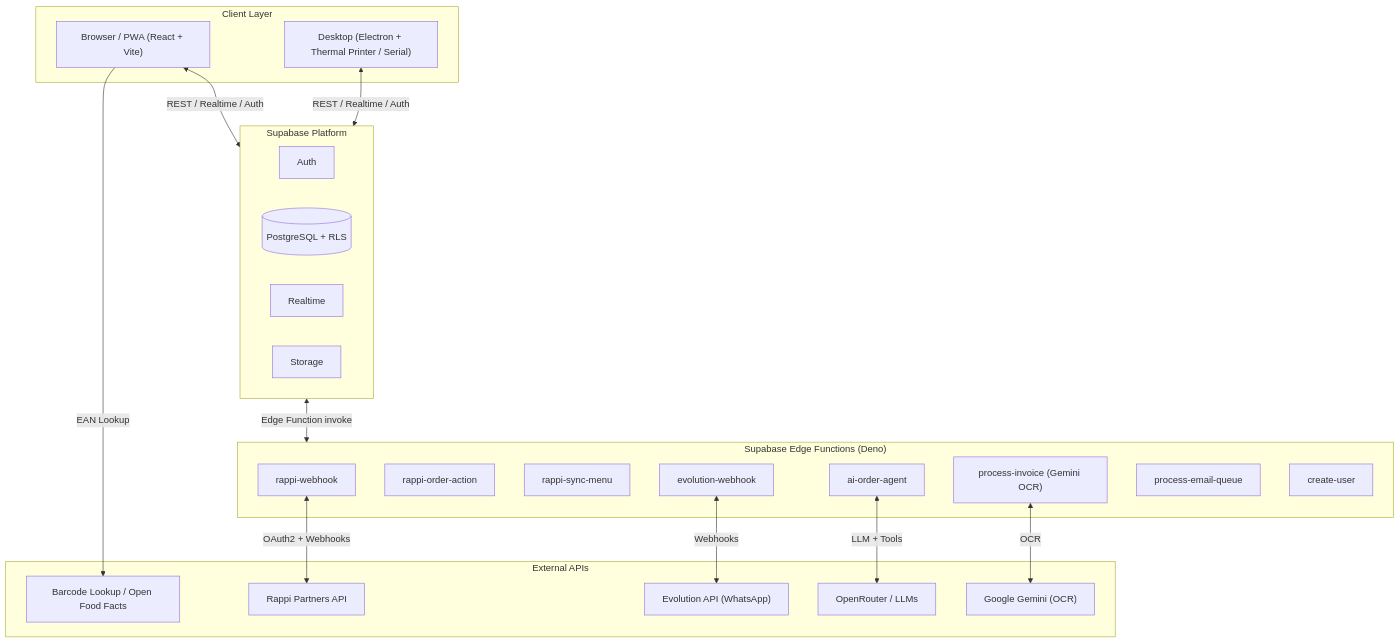
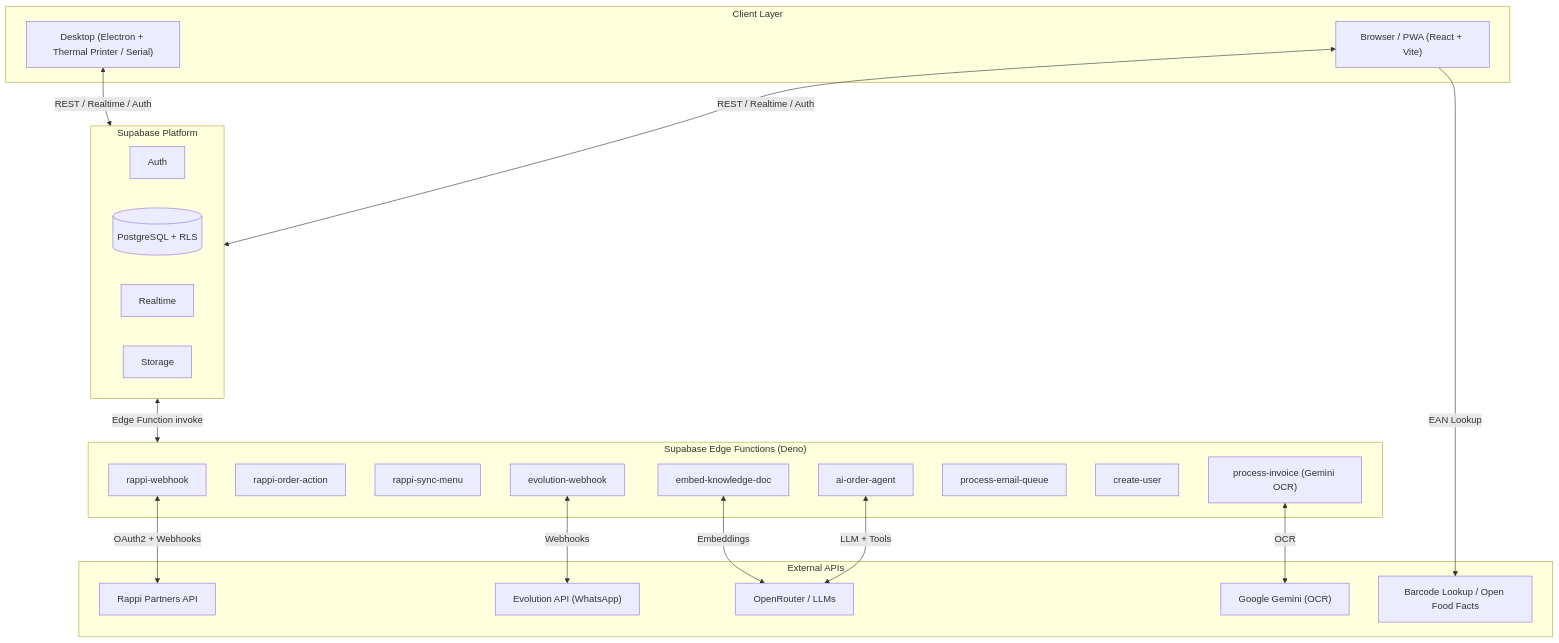
One commit to MuhamedZanabal/ZAIPOS changed the first of 16 diagrams in README.md. Above: the diagram before and after it, drawn with Mermaid. The commit also changed other lines of this file, not shown here.

````diff
--- a/README.md
+++ b/README.md
@@ -91,42 +128,44 @@
 ```mermaid
 flowchart TB
     subgraph Client["Client Layer"]
         Browser["Browser / PWA (React + Vite)"]
         ElectronApp["Desktop (Electron + Thermal Printer / Serial)"]
     end
 
     subgraph Edge["Supabase Edge Functions (Deno)"]
         EF_Rappi["rappi-webhook"]
         EF_RappiAction["rappi-order-action"]
         EF_RappiSync["rappi-sync-menu"]
         EF_Evolution["evolution-webhook"]
         EF_AI["ai-order-agent"]
         EF_Invoice["process-invoice (Gemini OCR)"]
         EF_Email["process-email-queue"]
         EF_CreateUser["create-user"]
+        EF_Embed["embed-knowledge-doc"]
     end
 
     subgraph Supabase["Supabase Platform"]
         Auth["Auth"]
         DB[(PostgreSQL + RLS)]
         Realtime["Realtime"]
         Storage["Storage"]
     end
 
     subgraph External["External APIs"]
         Rappi["Rappi Partners API"]
         Evolution["Evolution API (WhatsApp)"]
         OpenRouter["OpenRouter / LLMs"]
         Gemini["Google Gemini (OCR)"]
         Barcode["Barcode Lookup / Open Food Facts"]
     end
 
     Browser <-->|"REST / Realtime / Auth"| Supabase
     ElectronApp <-->|"REST / Realtime / Auth"| Supabase
     EF_Rappi <-->|"OAuth2 + Webhooks"| Rappi
     EF_Evolution <-->|"Webhooks"| Evolution
     EF_AI <-->|"LLM + Tools"| OpenRouter
+    EF_Embed <-->|"Embeddings"| OpenRouter
     EF_Invoice <-->|"OCR"| Gemini
     Browser -->|"EAN Lookup"| Barcode
     Supabase <-->|"Edge Function invoke"| Edge
 ```
````
